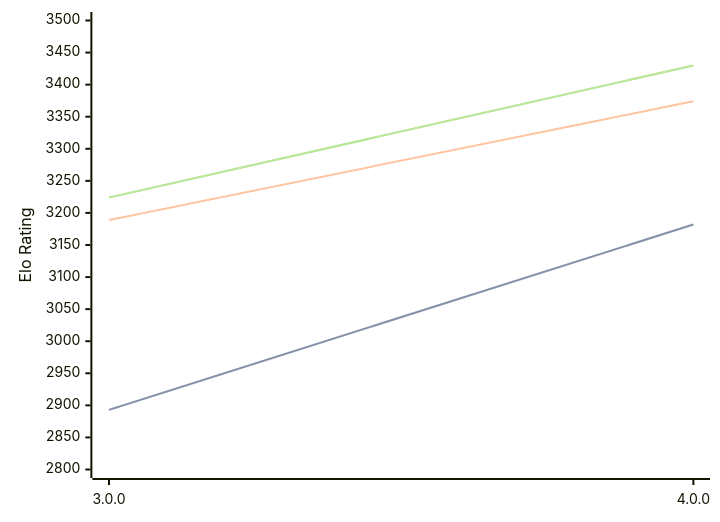
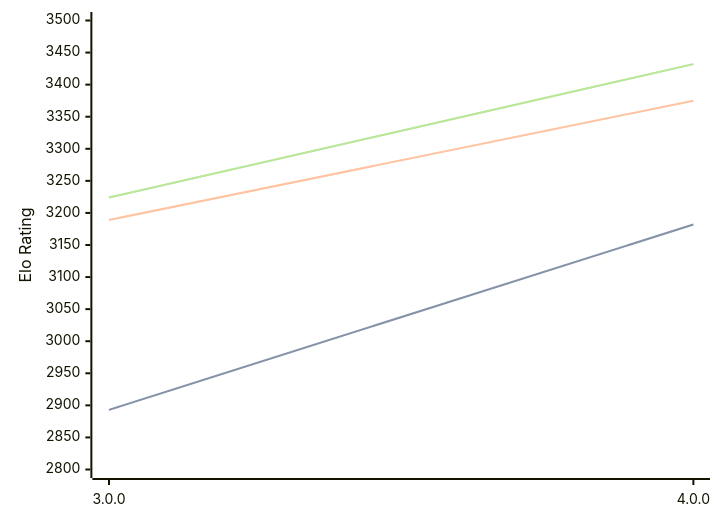
One commit to computer-chess-index/cci changed the diagram in engines/Avalanche.md. Above: the diagram before and after it, drawn with Mermaid. The commit also changed other lines of this file, not shown here.

Commit message:
Update CCI Ratings (ELO VLTC) - 2026-08-24

````diff
--- a/engines/Avalanche.md
+++ b/engines/Avalanche.md
@@ -32,11 +32,11 @@
 ```mermaid
 %%{init: {"theme":"base","themeVariables":{"seriesColors:['#a3a3a3','#222221','#faa371']}}}%%
 xychart-beta
   x-axis ["3.0.0", "4.0.0"]
   y-axis "Elo Rating" 2800 --> 3500
   line "STC (8.0+0.08s)" [2893, 3182]
   line "STC (8.0+0.08s)" [2893, 3182]
-  line "LTC (60.0+0.60s)" [3189, 3374]
-  line "VLTC (2m24s+1.12s)" [3224, 3430]
-  line "VLTC (2m24s+1.12s)" [3224, 3430]
+  line "LTC (60.0+0.60s)" [3189, 3375]
+  line "VLTC (2m24s+1.12s)" [3224, 3432]
+  line "VLTC (2m24s+1.12s)" [3224, 3432]
 ```
````
